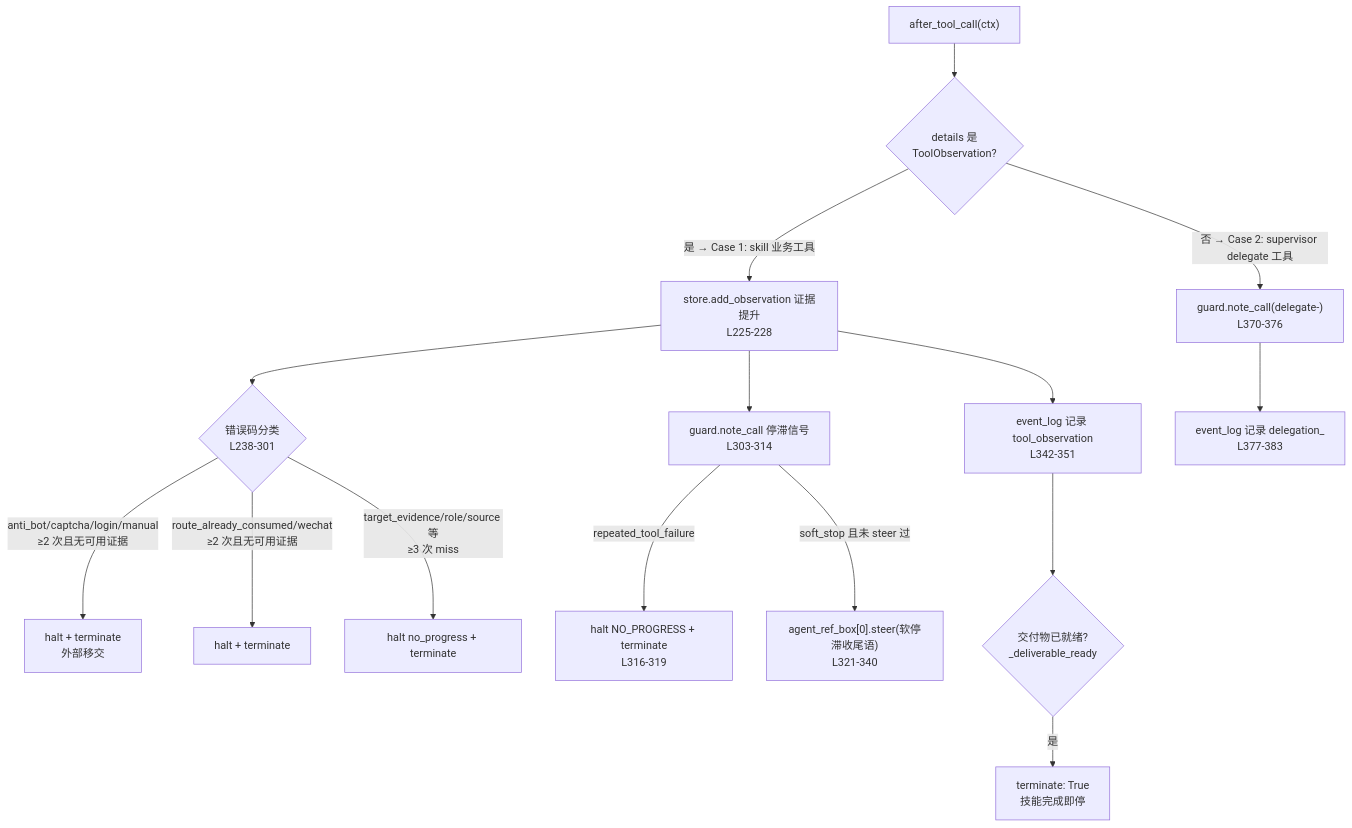
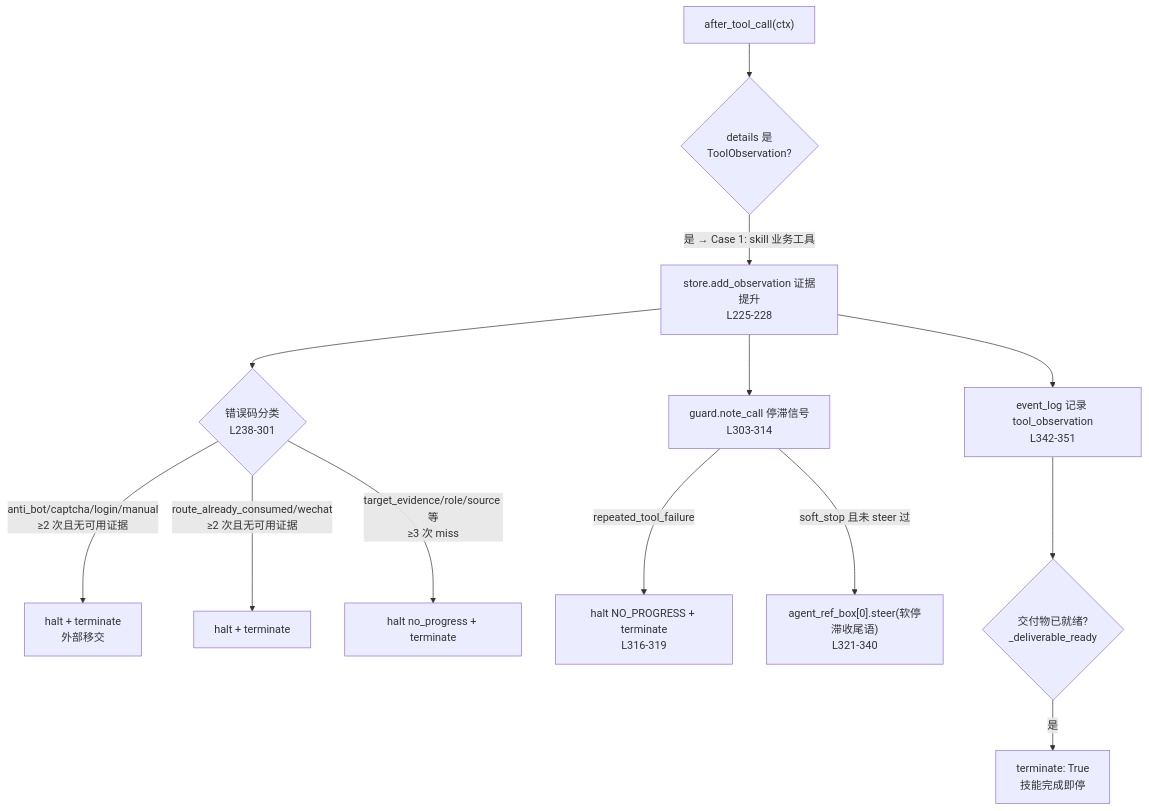
The fourth of 5 diagrams in docs/study/pi-career-skills/hook体系全景.md (grefeer/pi-career-skills), drawn with Mermaid before and after one commit. The commit also changed other lines of this file and 17 other files, not shown here.

````diff
--- a/docs/study/pi-career-skills/hook体系全景.md
+++ b/docs/study/pi-career-skills/hook体系全景.md
@@ -218,17 +218,15 @@
 ```mermaid
 flowchart TD
     A["after_tool_call(ctx)"] --> B{"details 是<br/>ToolObservation?"}
     B -- "是 → Case 1: skill 业务工具" --> C1["store.add_observation 证据提升<br/>L225-228"]
     C1 --> C2{"错误码分类<br/>L238-301"}
     C2 -->|"anti_bot/captcha/login/manual<br/>≥2 次且无可用证据"| C3["halt + terminate<br/>外部移交"]
     C2 -->|"route_already_consumed/wechat<br/>≥2 次且无可用证据"| C4["halt + terminate"]
     C2 -->|"target_evidence/role/source 等<br/>≥3 次 miss"| C5["halt no_progress + terminate"]
     C1 --> C6["guard.note_call 停滞信号<br/>L303-314"]
     C6 -->|"repeated_tool_failure"| C7["halt NO_PROGRESS + terminate<br/>L316-319"]
     C6 -->|"soft_stop 且未 steer 过"| C8["agent_ref_box[0].steer(软停滞收尾语)<br/>L321-340"]
     C1 --> C9["event_log 记录 tool_observation<br/>L342-351"]
     C9 --> C10{"交付物已就绪?<br/>_deliverable_ready"}
     C10 -- "是" --> C11["terminate: True<br/>技能完成即停"]
-    B -- "否 → Case 2: supervisor delegate 工具" --> D1["guard.note_call(delegate-<skill>)<br/>L370-376"]
-    D1 --> D2["event_log 记录 delegation_<status><br/>L377-383"]
 ```
````
